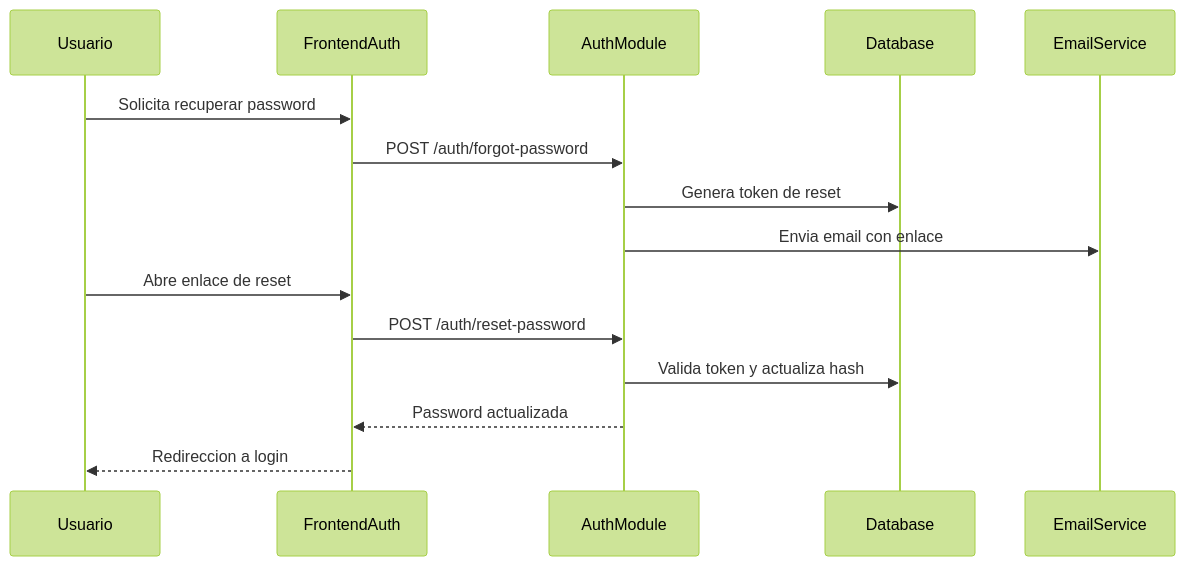
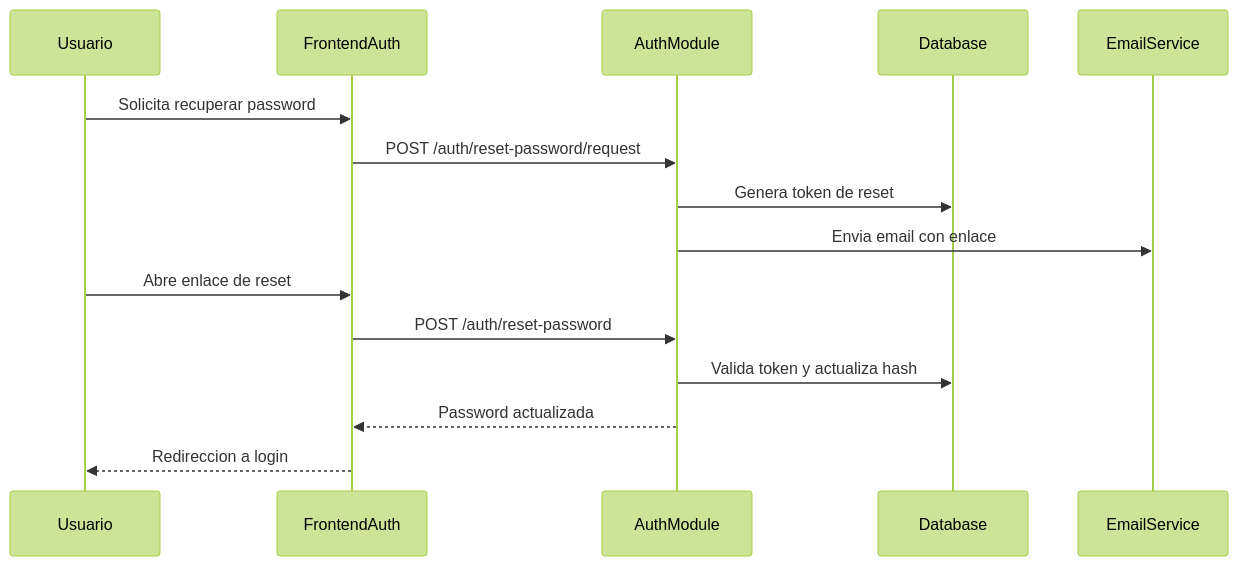
The diagram in docs/30-ux-ui/flujos/auth/FLUJO-RECUPERACION-PASSWORD.md (rckrdmrd/gamilit-workspace), drawn with Mermaid (forest theme) before and after one commit. The commit also changed other lines of this file and 638 other files, not shown here.

````diff
--- a/docs/30-ux-ui/flujos/auth/FLUJO-RECUPERACION-PASSWORD.md
+++ b/docs/30-ux-ui/flujos/auth/FLUJO-RECUPERACION-PASSWORD.md
@@ -15,18 +15,18 @@
 ```mermaid
 sequenceDiagram
     participant U as Usuario
     participant FE as FrontendAuth
     participant BE as AuthModule
     participant DB as Database
     participant EM as EmailService
 
     U->>FE: Solicita recuperar password
-    FE->>BE: POST /auth/forgot-password
+    FE->>BE: POST /auth/reset-password/request
     BE->>DB: Genera token de reset
     BE->>EM: Envia email con enlace
     U->>FE: Abre enlace de reset
     FE->>BE: POST /auth/reset-password
     BE->>DB: Valida token y actualiza hash
     BE-->>FE: Password actualizada
     FE-->>U: Redireccion a login
 ```
````
